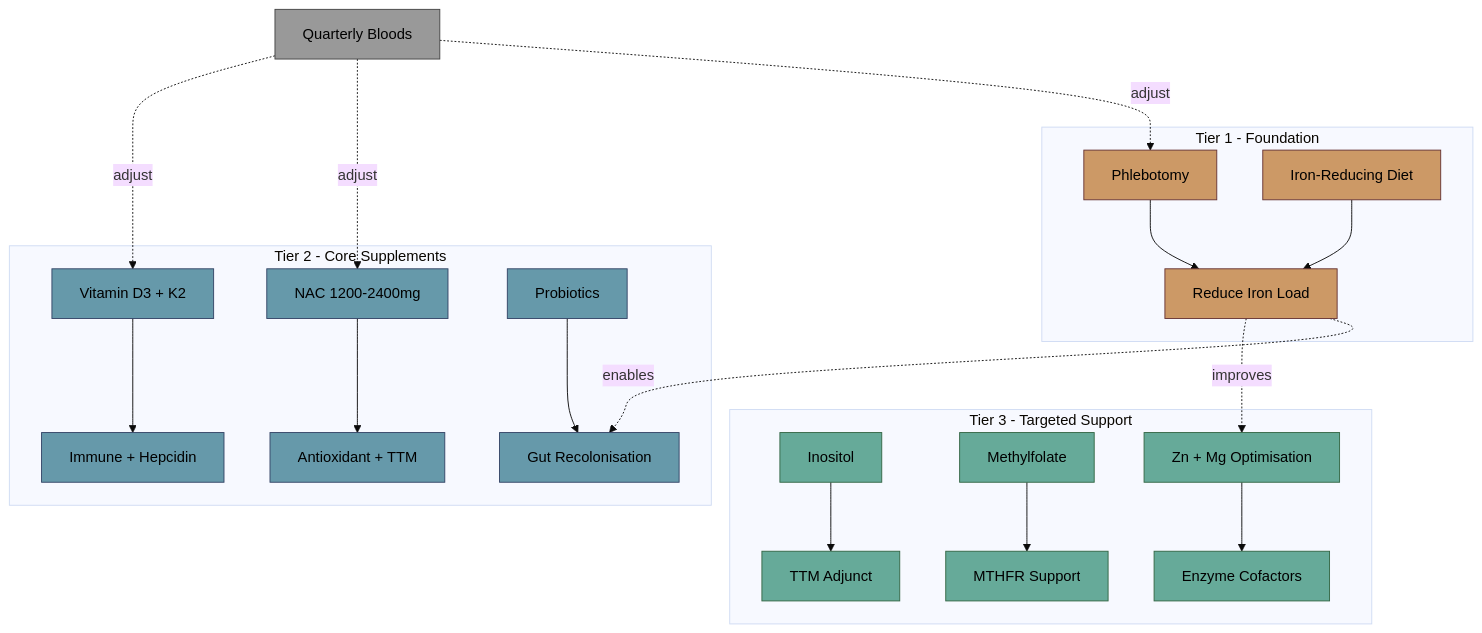
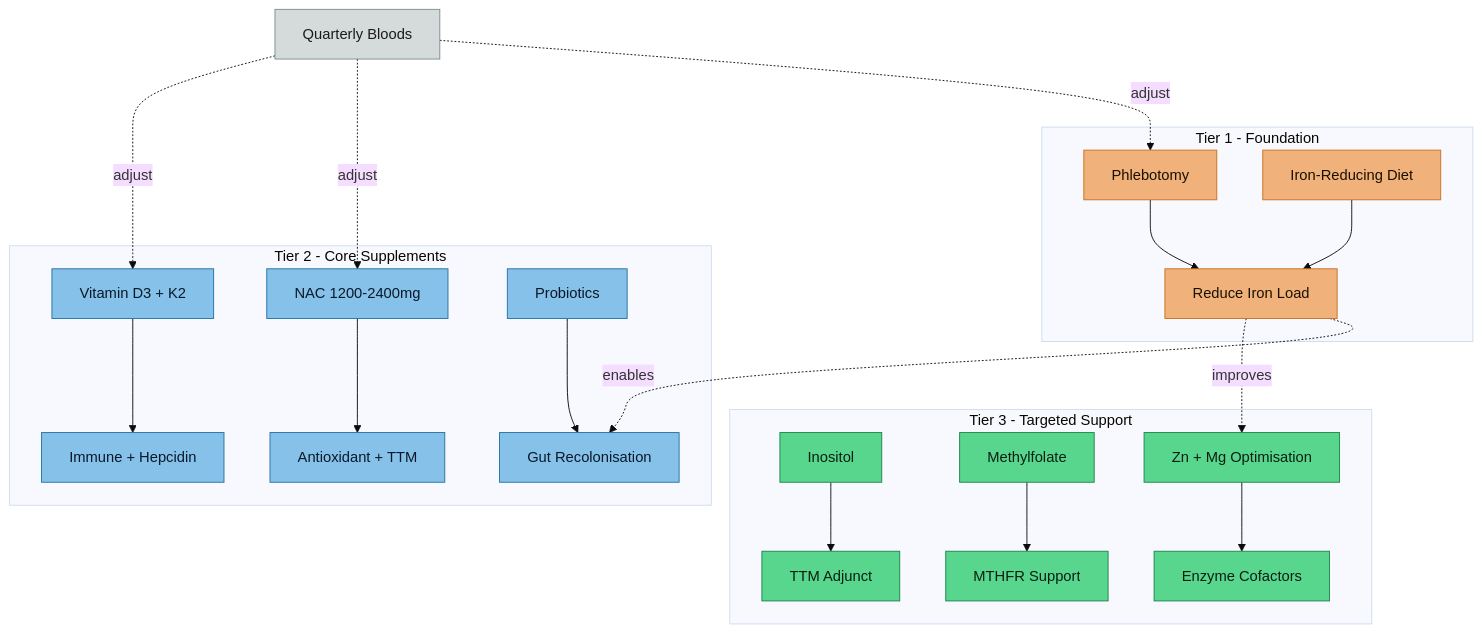
The diagram in diet-management/Diet and Supplement Strategy.md (Aegis-commits/ag-hfe-adhd-asd-research), drawn with Mermaid (base theme) before and after one commit. The commit also changed 39 other files, not shown here.

First line of the commit message:
docs(vault): standardise diagram colours for light-mode readability, add MOC quick nav

````diff
--- a/diet-management/Diet and Supplement Strategy.md
+++ b/diet-management/Diet and Supplement Strategy.md
@@ -30,36 +30,36 @@
 ```mermaid
 flowchart TD
     subgraph T1["Tier 1 - Foundation"]
         P[Phlebotomy] --> R1[Reduce Iron Load]
         DI[Iron-Reducing Diet] --> R1
     end
 
     subgraph T2["Tier 2 - Core Supplements"]
         NAC[NAC 1200-2400mg] --> R2[Antioxidant + TTM]
         VD[Vitamin D3 + K2] --> R3[Immune + Hepcidin]
         PRO[Probiotics] --> R4[Gut Recolonisation]
     end
 
     subgraph T3["Tier 3 - Targeted Support"]
         INO[Inositol] --> R5[TTM Adjunct]
         MF[Methylfolate] --> R6[MTHFR Support]
         MIN[Zn + Mg Optimisation] --> R7[Enzyme Cofactors]
     end
 
     R1 -.->|enables| R4
     R1 -.->|improves| MIN
 
     MON[Quarterly Bloods] -.->|adjust| P
     MON -.->|adjust| NAC
     MON -.->|adjust| VD
 
-    classDef tier1 fill:#c96,stroke:#633,color:#000
-    classDef tier2 fill:#69a,stroke:#346,color:#000
-    classDef tier3 fill:#6a9,stroke:#364,color:#000
-    classDef monitor fill:#999,stroke:#444,color:#000
+    classDef tier1 fill:#f0b27a,stroke:#ca6f1e,color:#1a1000
+    classDef tier2 fill:#85c1e9,stroke:#2471a3,color:#0a1929
+    classDef tier3 fill:#58d68d,stroke:#1e8449,color:#0a1f12
+    classDef monitor fill:#d5dbdb,stroke:#7f8c8d,color:#1a1a1a
 
     class P,DI,R1 tier1
     class NAC,VD,PRO,R2,R3,R4 tier2
     class INO,MF,MIN,R5,R6,R7 tier3
     class MON monitor
 ```
````
